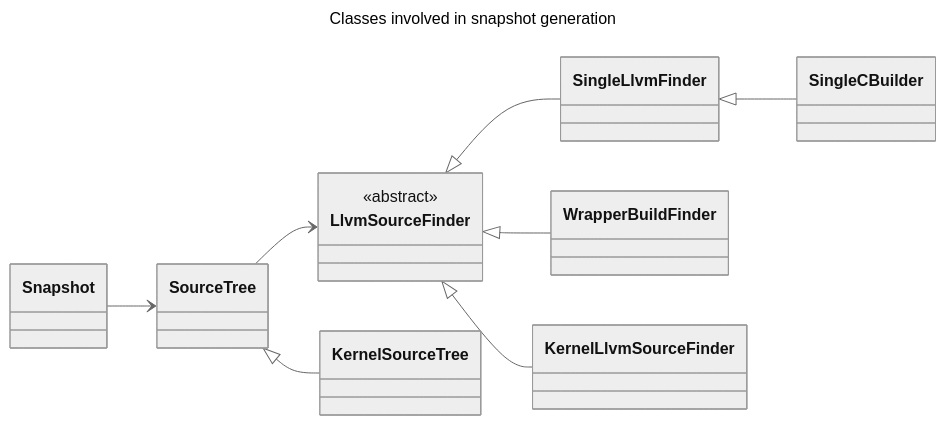
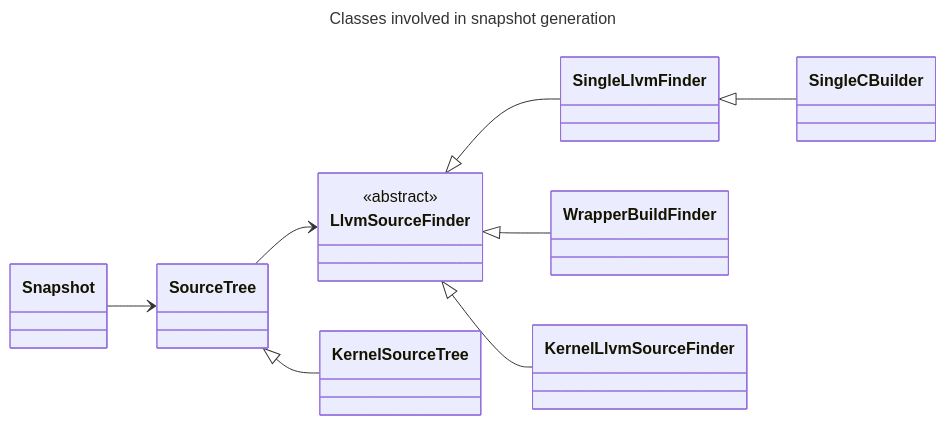
The second of 9 diagrams in docs/architecture.md (PLukas2018/diffkemp), drawn with Mermaid before and after one commit. The commit also changed other lines of this file, not shown here.

Commit message:
Update architecture.md  knj

````diff
--- a/docs/architecture.md
+++ b/docs/architecture.md
@@ -85,20 +76,18 @@
 ```mermaid
 ---
 # This code renders an image, that does not show on the GitHub app, use a browser
 # to see the image.
 title: Classes involved in snapshot generation
-config:
-  theme: neutral
 ---
 classDiagram
   direction LR
   Snapshot --> SourceTree
   SourceTree --> LlvmSourceFinder
   SourceTree <|-- KernelSourceTree
   LlvmSourceFinder <|-- SingleLlvmFinder
   LlvmSourceFinder <|-- WrapperBuildFinder
   LlvmSourceFinder <|-- KernelLlvmSourceFinder
   SingleLlvmFinder <|-- SingleCBuilder
   SourceTree
   <<abstract>> LlvmSourceFinder
 ```
````
